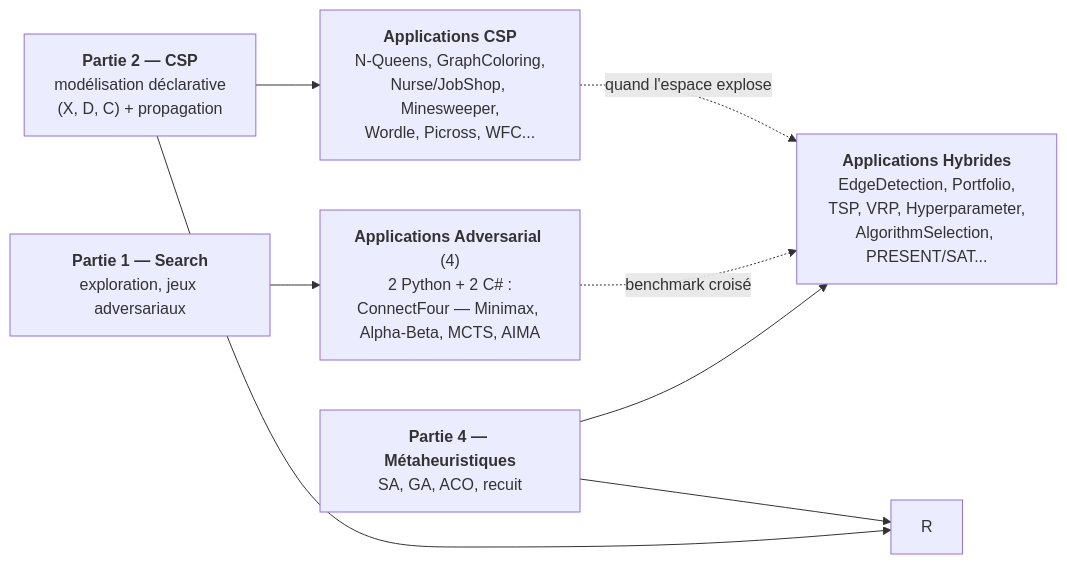
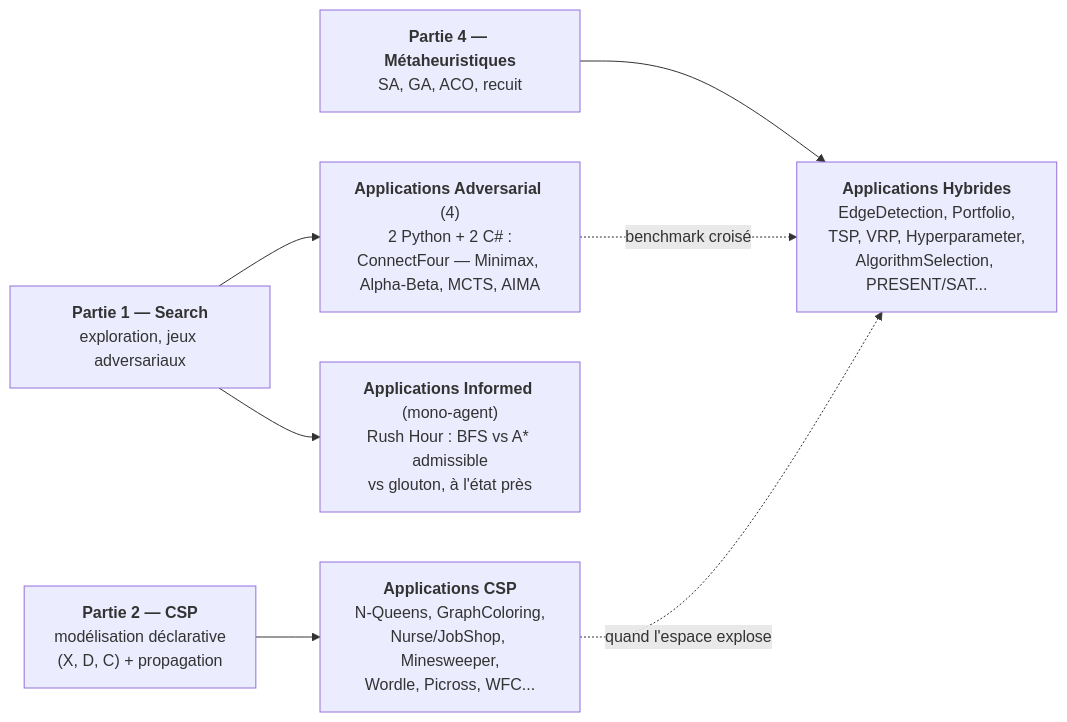
The diagram in MyIA.AI.Notebooks/Search/Applications/README.md (jsboige/CoursIA), drawn with Mermaid before and after one commit. The commit also changed other lines of this file and 1 other file, not shown here.

First line of the commit message:
refactor(search): App-33 vers Informed/ + README Applications aligne le paradigme (decision c6354467894)

````diff
--- a/MyIA.AI.Notebooks/Search/Applications/README.md
+++ b/MyIA.AI.Notebooks/Search/Applications/README.md
@@ -42,16 +42,16 @@
 ```mermaid
 flowchart LR
     P1["<b>Partie 1 — Search</b><br/>exploration, jeux adversariaux"]
     P2["<b>Partie 2 — CSP</b><br/>modélisation déclarative<br/>(X, D, C) + propagation"]
     P4["<b>Partie 4 — Métaheuristiques</b><br/>SA, GA, ACO, recuit"]
     A["<b>Applications Adversarial</b> (4)<br/>2 Python + 2 C# :<br/>ConnectFour — Minimax, Alpha-Beta, MCTS, AIMA"]
     C["<b>Applications CSP</b><br/>N-Queens, GraphColoring,<br/>Nurse/JobShop, Minesweeper,<br/>Wordle, Picross, WFC..."]
     H["<b>Applications Hybrides</b><br/>EdgeDetection, Portfolio,<br/>TSP, VRP, Hyperparameter,<br/>AlgorithmSelection, PRESENT/SAT..."]
+    I["<b>Applications Informed</b> (mono-agent)<br/>Rush Hour : BFS vs A* admissible<br/>vs glouton, à l'état près"]
     P1 --> A
+    P1 --> I
     P2 --> C
     P4 --> H
-    P2 --> R
-    P4 --> R
     A -.->|"benchmark croisé"| H
     C -.->|"quand l'espace explose"| H
 ```
````
